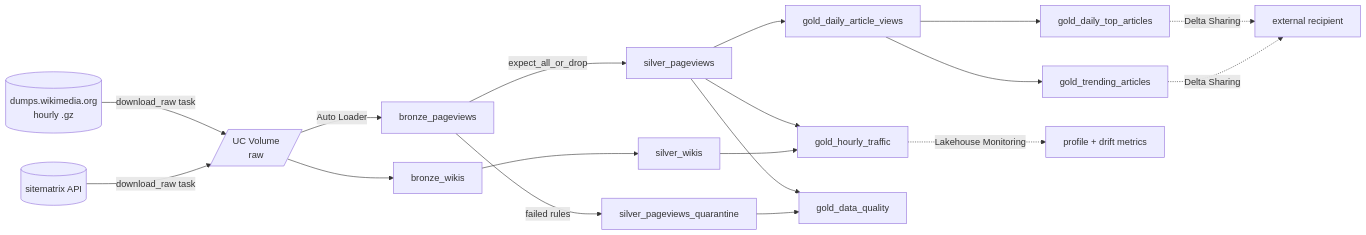
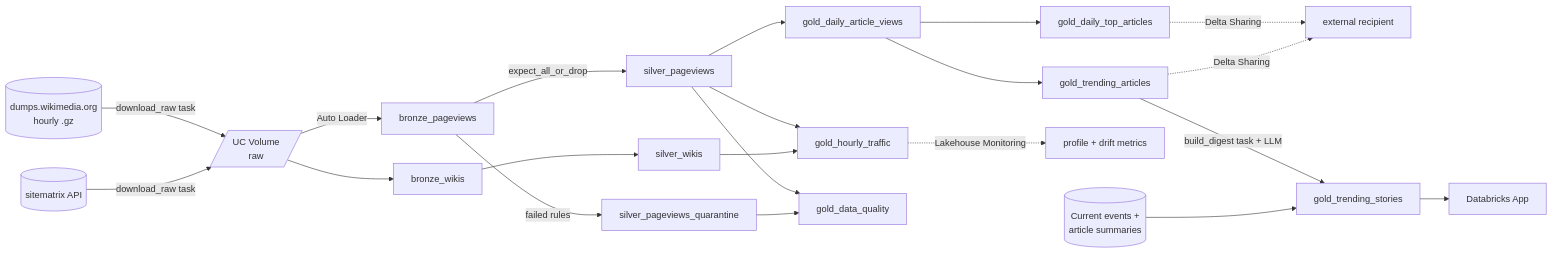
One commit to NolanKisser/wikipedia-lakehouse changed the diagram in README.md. Above: the diagram before and after it, drawn with Mermaid. The commit also changed other lines of this file and 11 other files, not shown here.

First line of the commit message:
Add daily "why is it trending?" digest and Databricks App

````diff
--- a/README.md
+++ b/README.md
@@ -5,17 +5,20 @@
 ```mermaid
 flowchart LR
     DUMPS[(dumps.wikimedia.org<br/>hourly .gz)] -->|download_raw task| VOL[/UC Volume<br/>raw/]
     API[(sitematrix API)] -->|download_raw task| VOL
     VOL -->|Auto Loader| BP[bronze_pageviews]
     VOL --> BW[bronze_wikis]
     BP -->|expect_all_or_drop| SP[silver_pageviews]
     BP -->|failed rules| SQ[silver_pageviews_quarantine]
     BW --> SW[silver_wikis]
     SP --> GD[gold_daily_article_views]
     GD --> GT[gold_daily_top_articles]
     GD --> GR[gold_trending_articles]
     SP & SW --> GH[gold_hourly_traffic]
     SP & SQ --> GQ[gold_data_quality]
     GH -.->|Lakehouse Monitoring| MON[profile + drift metrics]
     GT & GR -.->|Delta Sharing| EXT[external recipient]
+    GR -->|build_digest task + LLM| ST[gold_trending_stories]
+    CE[(Current events +<br/>article summaries)] --> ST
+    ST --> APP[Databricks App]
 ```
````
